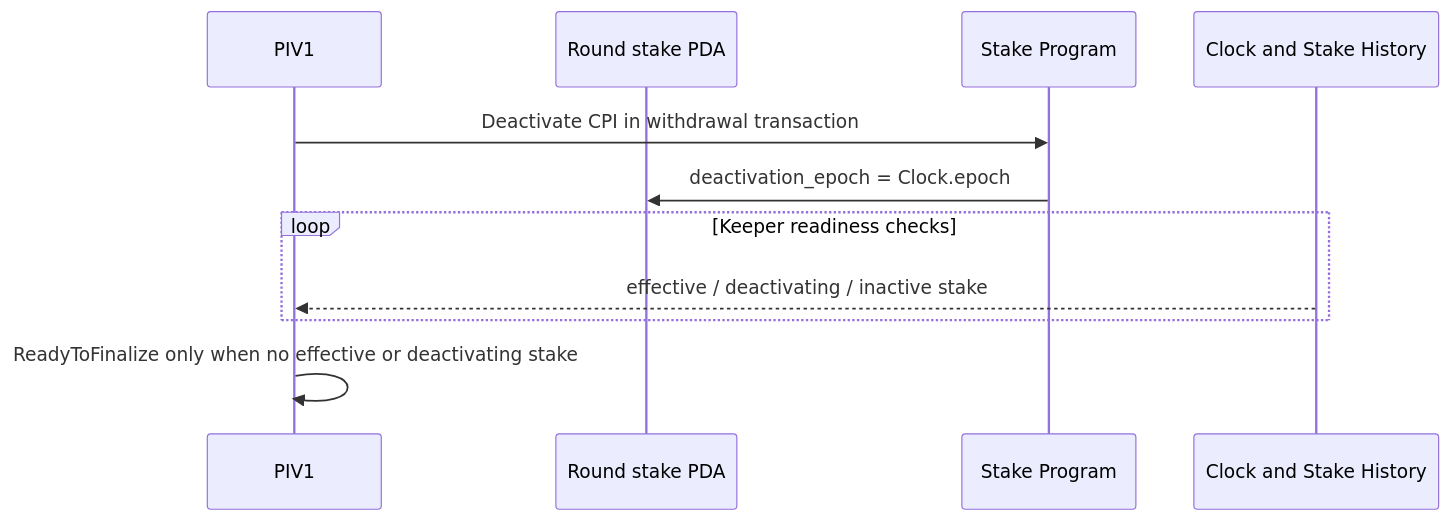
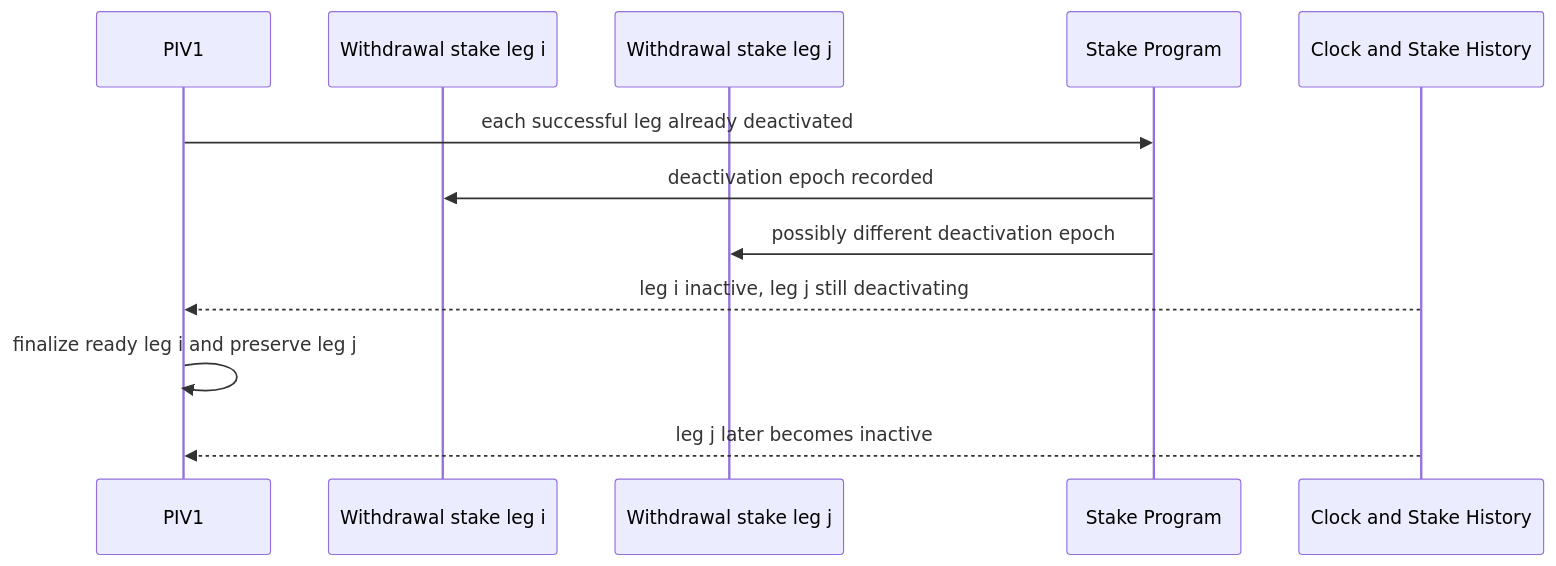
The fifth of 8 diagrams in docs/PHASE_0_VALIDATION_REPORT.md (HoldTheFuckingPosition/PIV1), drawn with Mermaid before and after one commit. The commit also changed other lines of this file and 5 other files, not shown here.

Commit message:
docs: confirm Phase 0 architecture decisions

```diff
--- a/docs/PHASE_0_VALIDATION_REPORT.md
+++ b/docs/PHASE_0_VALIDATION_REPORT.md
@@ -382,13 +410,14 @@
 ~~~mermaid
 sequenceDiagram
     participant P as PIV1
-    participant S as Round stake PDA
+    participant S1 as Withdrawal stake leg i
+    participant S2 as Withdrawal stake leg j
     participant ST as Stake Program
     participant C as Clock and Stake History
-    P->>ST: Deactivate CPI in withdrawal transaction
-    ST->>S: deactivation_epoch = Clock.epoch
-    loop Keeper readiness checks
-        C-->>P: effective / deactivating / inactive stake
-    end
-    P->>P: ReadyToFinalize only when no effective or deactivating stake
+    P->>ST: each successful leg already deactivated
+    ST->>S1: deactivation epoch recorded
+    ST->>S2: possibly different deactivation epoch
+    C-->>P: leg i inactive, leg j still deactivating
+    P->>P: finalize ready leg i and preserve leg j
+    C-->>P: leg j later becomes inactive
 ~~~
```
